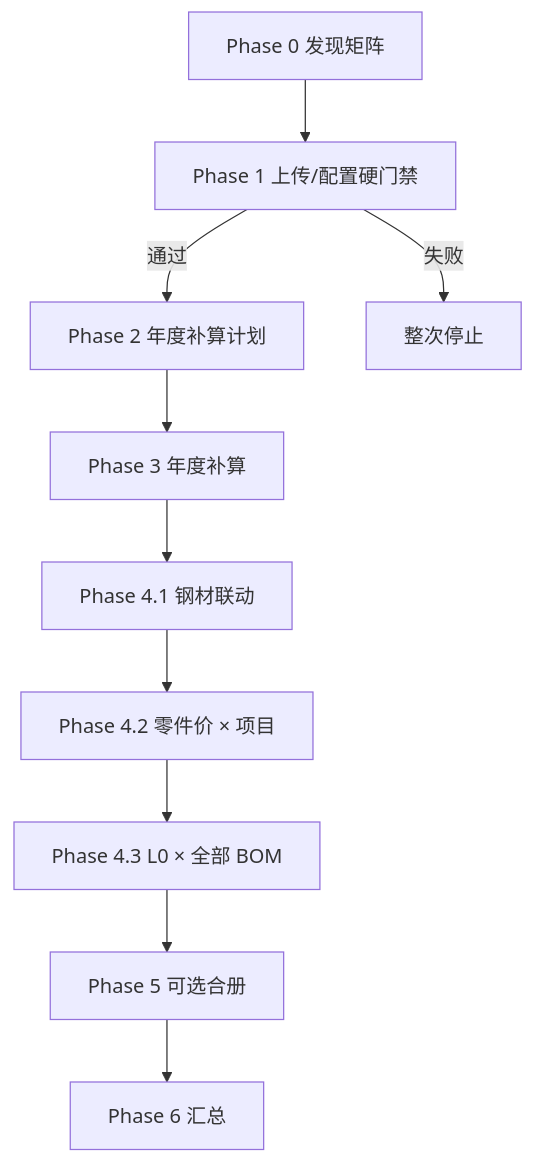
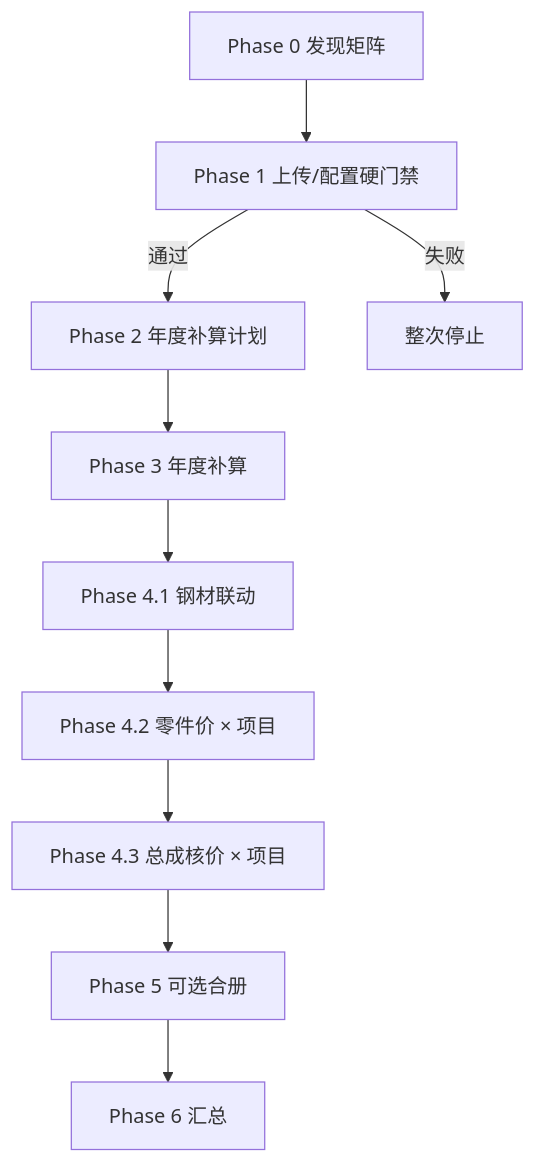
One commit to pulinzhang/structure-costing-platform changed the diagram in docs/costing/costing-engine-design.md. Above: the diagram before and after it, drawn with Mermaid. The commit also changed other lines of this file and 164 other files, not shown here.

````diff
--- a/docs/costing/costing-engine-design.md
+++ b/docs/costing/costing-engine-design.md
@@ -231,16 +232,16 @@
 ```mermaid
 flowchart TB
     P0[Phase 0 发现矩阵]
     P1[Phase 1 上传/配置硬门禁]
     P2[Phase 2 年度补算计划]
     P3[Phase 3 年度补算]
     P4a[Phase 4.1 钢材联动]
     P4b[Phase 4.2 零件价 × 项目]
-    P4c[Phase 4.3 L0 × 全部 BOM]
+    P4c[Phase 4.3 总成核价 × 项目]
     P5[Phase 5 可选合册]
     P6[Phase 6 汇总]
 
     P0 --> P1
     P1 -->|失败| STOP[整次停止]
     P1 -->|通过| P2 --> P3 --> P4a --> P4b --> P4c --> P5 --> P6
 ```
````
